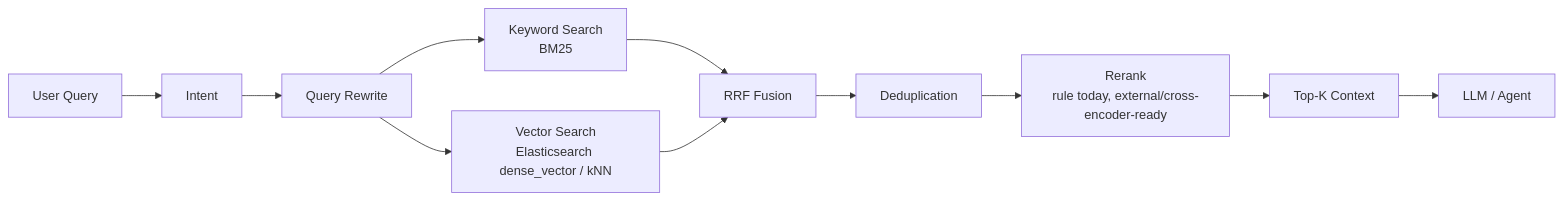
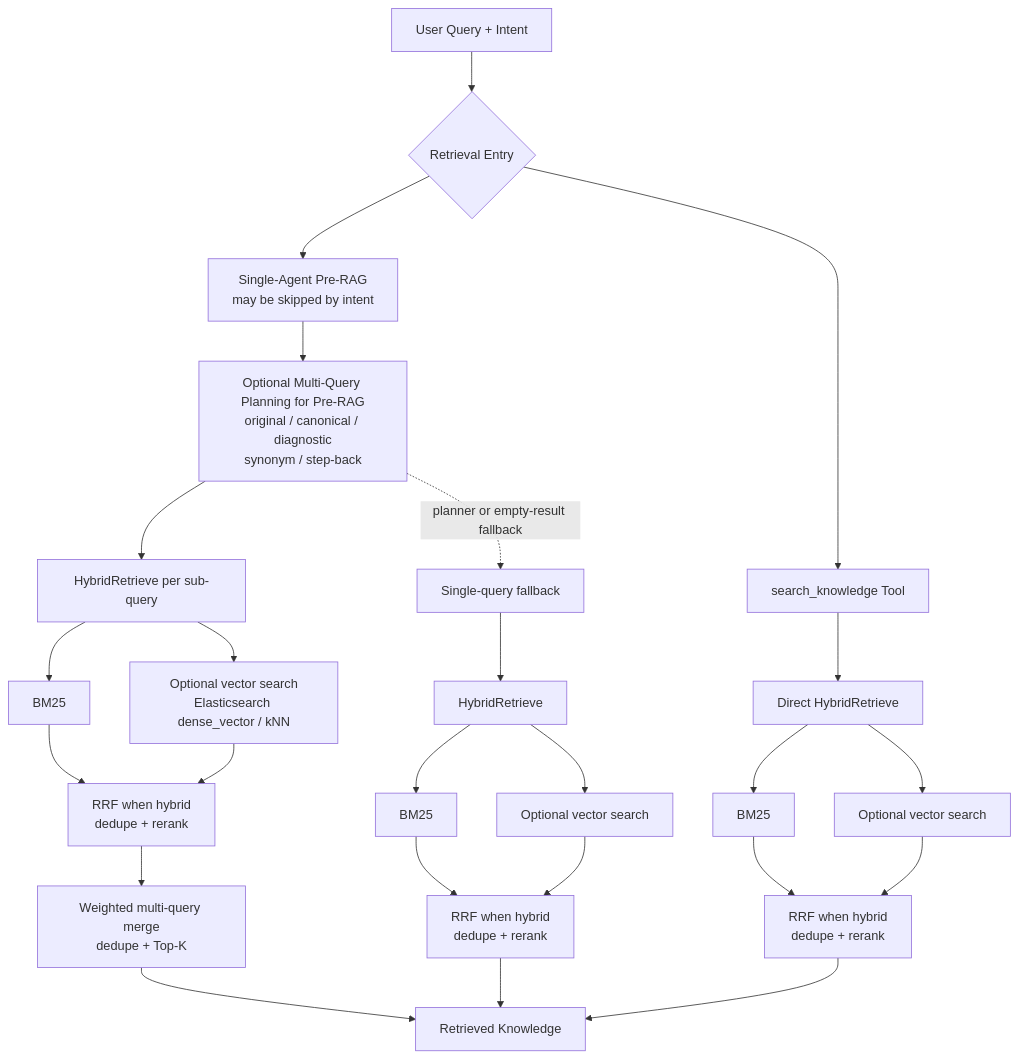
The fifth of 9 diagrams in README.md (jiawei-wang-dev/WatchOps-Lite), drawn with Mermaid before and after one commit. The commit also changed other lines of this file and 1 other file, not shown here.

````diff
--- a/README.md
+++ b/README.md
@@ -191,13 +261,34 @@
 ```mermaid
-flowchart LR
-    Q["User Query"] --> I["Intent"]
-    I --> RW["Query Rewrite"]
-    RW --> BM25["Keyword Search\nBM25"]
-    RW --> VEC["Vector Search\nElasticsearch dense_vector / kNN"]
-    BM25 --> FUSE["RRF Fusion"]
-    VEC --> FUSE
-    FUSE --> DEDUPE["Deduplication"]
-    DEDUPE --> RR["Rerank\nrule today, external/cross-encoder-ready"]
-    RR --> TOPK["Top-K Context"]
-    TOPK --> LLM["LLM / Agent"]
+flowchart TB
+    Q["User Query + Intent"] --> ENTRY{"Retrieval Entry"}
+
+    ENTRY --> PR["Single-Agent Pre-RAG<br/>may be skipped by intent"]
+    ENTRY --> KT["search_knowledge Tool"]
+
+    PR --> MQ["Optional Multi-Query Planning for Pre-RAG<br/>original / canonical / diagnostic<br/>synonym / step-back"]
+    MQ --> HR1["HybridRetrieve per sub-query"]
+    MQ -. planner or empty-result fallback .-> SQ["Single-query fallback"]
+    SQ --> HR2["HybridRetrieve"]
+
+    KT --> HR3["Direct HybridRetrieve"]
+
+    HR1 --> BM1["BM25"]
+    HR1 --> VE1["Optional vector search<br/>Elasticsearch dense_vector / kNN"]
+    BM1 --> PIPE1["RRF when hybrid<br/>dedupe + rerank"]
+    VE1 --> PIPE1
+
+    HR2 --> BM2["BM25"]
+    HR2 --> VE2["Optional vector search"]
+    BM2 --> PIPE2["RRF when hybrid<br/>dedupe + rerank"]
+    VE2 --> PIPE2
+
+    HR3 --> BM3["BM25"]
+    HR3 --> VE3["Optional vector search"]
+    BM3 --> PIPE3["RRF when hybrid<br/>dedupe + rerank"]
+    VE3 --> PIPE3
+
+    PIPE1 --> MERGE["Weighted multi-query merge<br/>dedupe + Top-K"]
+    PIPE2 --> OUT["Retrieved Knowledge"]
+    PIPE3 --> OUT
+    MERGE --> OUT
 ```
````
